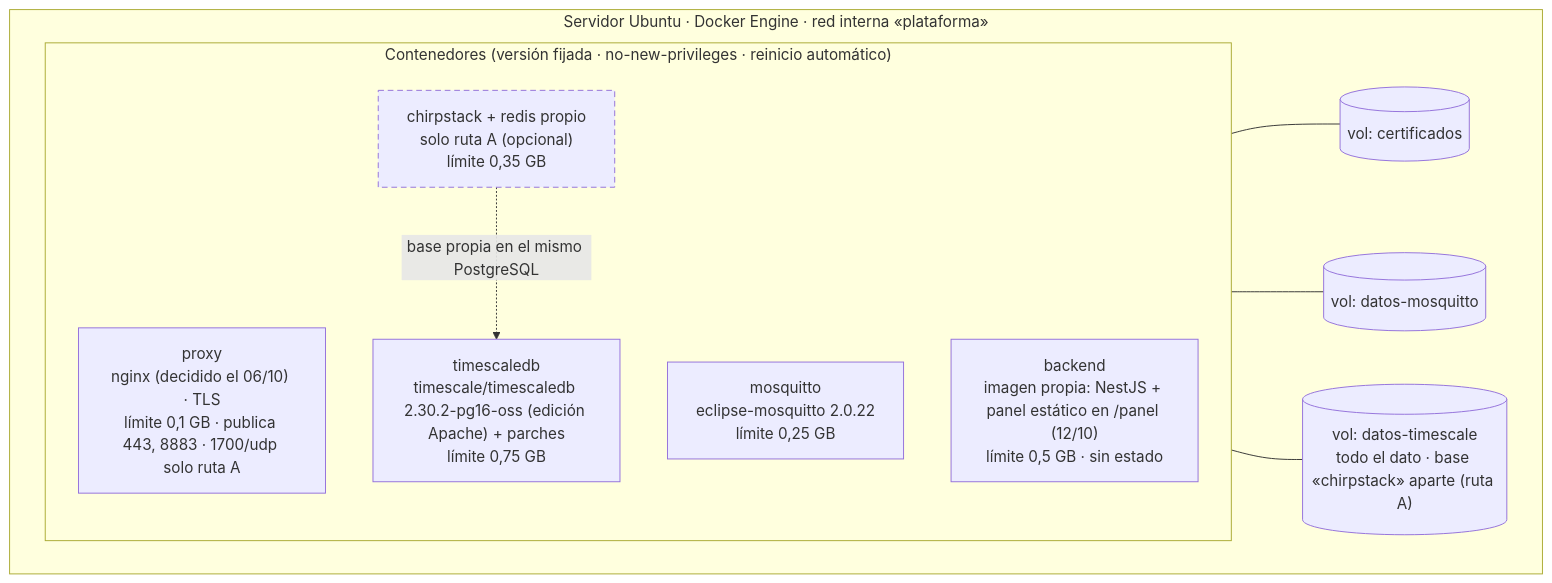
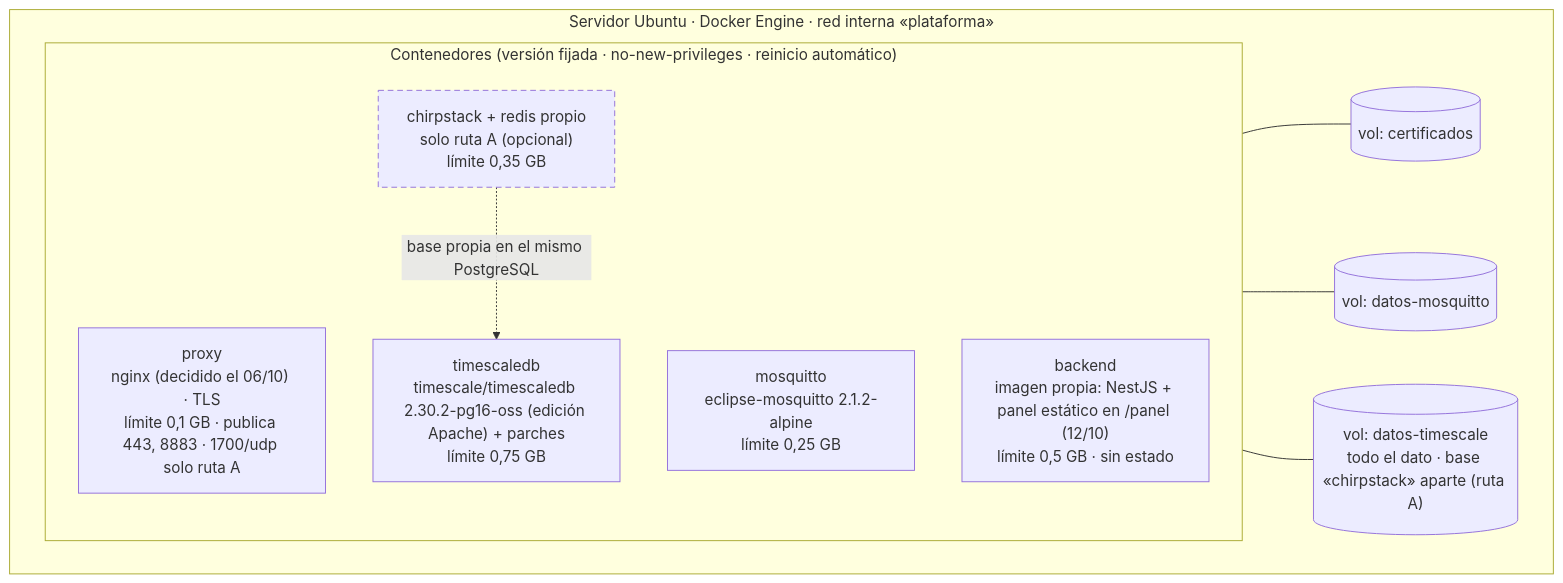
Before and after one commit to vicenterami/tesis: the sixth of 6 diagrams in docs/10-arquitectura.md, drawn with Mermaid. The commit also changed other lines of this file and 52 other files, not shown here.

````diff
--- a/docs/10-arquitectura.md
+++ b/docs/10-arquitectura.md
@@ -461,23 +464,23 @@
 ```mermaid
 flowchart TB
     subgraph HOST["Servidor Ubuntu · Docker Engine · red interna «plataforma»"]
         direction LR
         subgraph SVC["Contenedores (versión fijada · no-new-privileges · reinicio automático)"]
             direction TB
             C5["proxy<br/>nginx (decidido el 06/10) · TLS<br/>límite 0,1 GB · publica 443, 8883 · 1700/udp solo ruta A"]
-            C1["mosquitto<br/>eclipse-mosquitto 2.0.22<br/>límite 0,25 GB"]
+            C1["mosquitto<br/>eclipse-mosquitto 2.1.2-alpine<br/>límite 0,25 GB"]
             C2["chirpstack + redis propio<br/>solo ruta A (opcional)<br/>límite 0,35 GB"]
             C4["backend<br/>imagen propia: NestJS + panel estático en /panel (12/10)<br/>límite 0,5 GB · sin estado"]
             C3["timescaledb<br/>timescale/timescaledb 2.30.2-pg16-oss (edición Apache) + parches<br/>límite 0,75 GB"]
         end
         V4[("vol: certificados")]
         V2[("vol: datos-mosquitto")]
         V1[("vol: datos-timescale<br/>todo el dato · base «chirpstack» aparte (ruta A)")]
     end
     C5 --- V4
     C1 --- V2
     C3 --- V1
     C2 -. "base propia en el mismo PostgreSQL" .-> C3
     classDef opcional stroke-dasharray:6 4
     class C2 opcional
 ```
````
